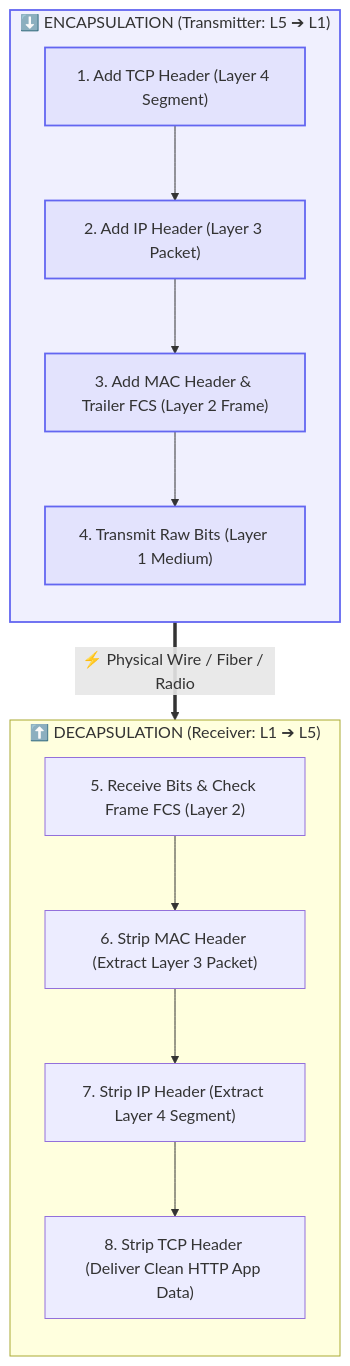
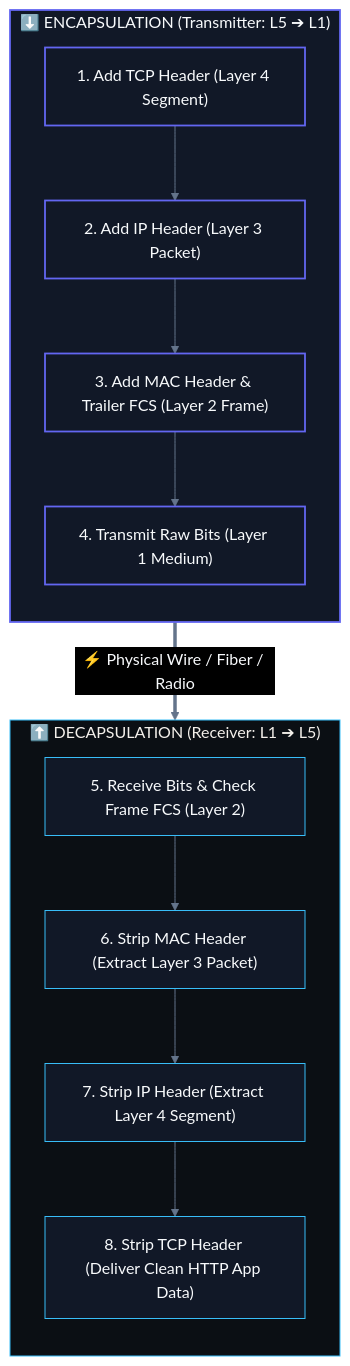
Before and after one commit to abhinavbharti2345/CS_Notes: the second of 2 diagrams in CS/Computer Networking/02. Data Flow & Encapsulation/02. Encapsulation and Decapsulation.md, drawn with Mermaid. The commit also changed other lines of this file and 195 other files, not shown here.

````diff
--- a/CS/Computer Networking/02. Data Flow & Encapsulation/02. Encapsulation and Decapsulation.md
+++ b/CS/Computer Networking/02. Data Flow & Encapsulation/02. Encapsulation and Decapsulation.md
@@ -104,24 +105,25 @@
 ```mermaid
+%%{init: {'theme': 'base', 'themeVariables': { 'darkMode': true, 'background': '#0B0F14', 'mainBkg': '#111827', 'primaryColor': '#111827', 'primaryTextColor': '#F8FAFC', 'primaryBorderColor': '#38BDF8', 'lineColor': '#64748B', 'secondaryColor': '#0B0F14', 'tertiaryColor': '#0B0F14', 'clusterBkg': '#0B0F14', 'clusterBorder': '#38BDF8' }}}%%
 flowchart TD
     subgraph Encapsulation ["⬇️ ENCAPSULATION (Transmitter: L5 ➔ L1)"]
         direction TB
         E1["1. Add TCP Header (Layer 4 Segment)"]
         --> E2["2. Add IP Header (Layer 3 Packet)"]
         --> E3["3. Add MAC Header & Trailer FCS (Layer 2 Frame)"]
         --> E4["4. Transmit Raw Bits (Layer 1 Medium)"]
     end
 
     subgraph Decapsulation ["⬆️ DECAPSULATION (Receiver: L1 ➔ L5)"]
         direction TB
         D1["5. Receive Bits & Check Frame FCS (Layer 2)"]
         --> D2["6. Strip MAC Header (Extract Layer 3 Packet)"]
         --> D3["7. Strip IP Header (Extract Layer 4 Segment)"]
         --> D4["8. Strip TCP Header (Deliver Clean HTTP App Data)"]
     end
 
     Encapsulation ==>|"⚡ Physical Wire / Fiber / Radio"| Decapsulation
 
-    classDef enc fill:#6366f118,stroke:#6366f1,stroke-width:1.8px;
-    classDef dec fill:#10b98118,stroke:#10b981,stroke-width:1.8px;
+    classDef enc fill:#111827,stroke:#6366f1,stroke-width:1.8px,color:#F8FAFC;
+    classDef dec fill:#111827,stroke:#10b981,stroke-width:1.8px,color:#F8FAFC;
     class Encapsulation,E1,E2,E3,E4 enc;
 ```
````
